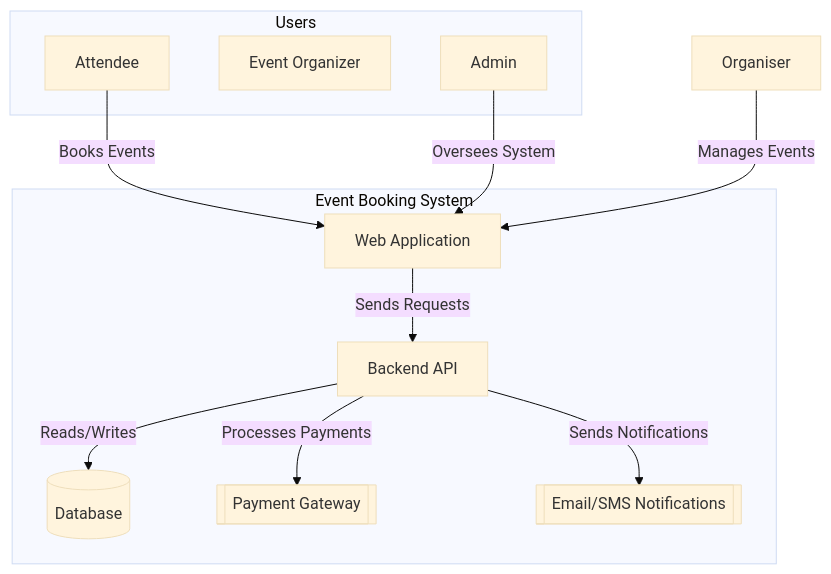
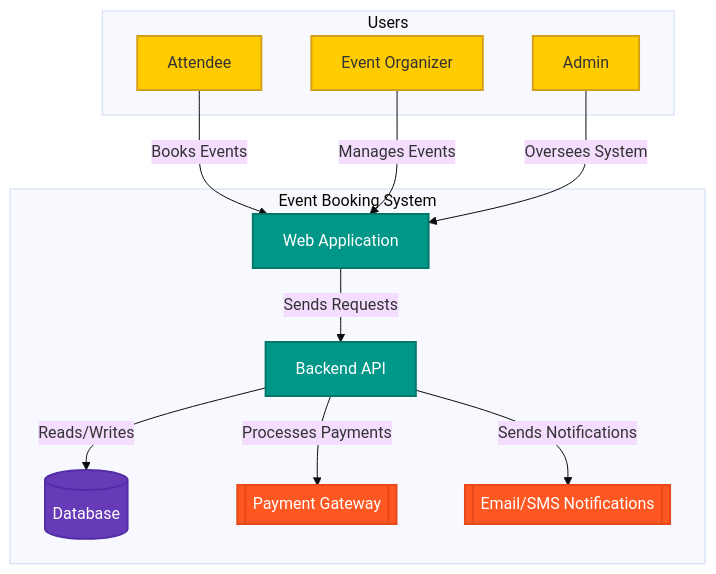
The first of 4 diagrams in ARCHITECTURE.md (celeste-smith/event-booking-system), drawn with Mermaid (base theme) before and after one commit.

Commit message:
Update ARCHITECTURE.md
This is my 4th commit. Just doing some changes and testing.

````diff
--- a/ARCHITECTURE.md
+++ b/ARCHITECTURE.md
@@ -33,24 +33,39 @@
 ```mermaid
 graph TD;
-    subgraph Users
-        Attendee[Attendee]
-        Organizer[Event Organizer]
-        Admin[Admin]
-    end
-
-    subgraph EventBookingSystem[Event Booking System]
-        WebApp[Web Application]
-        API[Backend API]
-        DB[(Database)]
-        PaymentGateway[[Payment Gateway]]
-        NotificationService[[Email/SMS Notifications]]
+    %% Define styles
+    classDef userStyle fill:#ffcc00,stroke:#d4a017,stroke-width:2px;
+    classDef systemStyle fill:#009688,stroke:#00796B,stroke-width:2px,color:white;
+    classDef serviceStyle fill:#607D8B,stroke:#455A64,stroke-width:2px,color:white;
+    classDef dbStyle fill:#673AB7,stroke:#512DA8,stroke-width:2px,color:white;
+    classDef externalStyle fill:#FF5722,stroke:#E64A19,stroke-width:2px,color:white;
+    
+    subgraph Users["Users"]
+        Attendee["Attendee"]
+        Organizer["Event Organizer"]
+        Admin["Admin"]
     end
     
+    subgraph EventBookingSystem["Event Booking System"]
+        WebApp["Web Application"]
+        API["Backend API"]
+        DB[("Database")]
+        PaymentGateway[["Payment Gateway"]]
+        NotificationService[["Email/SMS Notifications"]]
+    end
+    
+    %% Define relationships
     Attendee -- Books Events --> WebApp;
-    Organiser -- Manages Events --> WebApp;
+    Organizer -- Manages Events --> WebApp;
     Admin -- Oversees System --> WebApp;
     WebApp -- Sends Requests --> API;
     API -- Reads/Writes --> DB;
     API -- Processes Payments --> PaymentGateway;
     API -- Sends Notifications --> NotificationService;
+
+    %% Apply styles
+    class Attendee,Organizer,Admin userStyle;
+    class WebApp,API systemStyle;
+    class DB dbStyle;
+    class PaymentGateway,NotificationService externalStyle;
+
 ```
````
